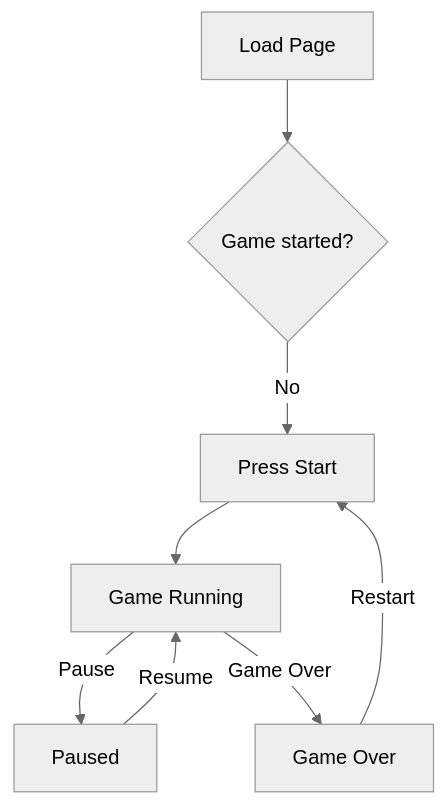
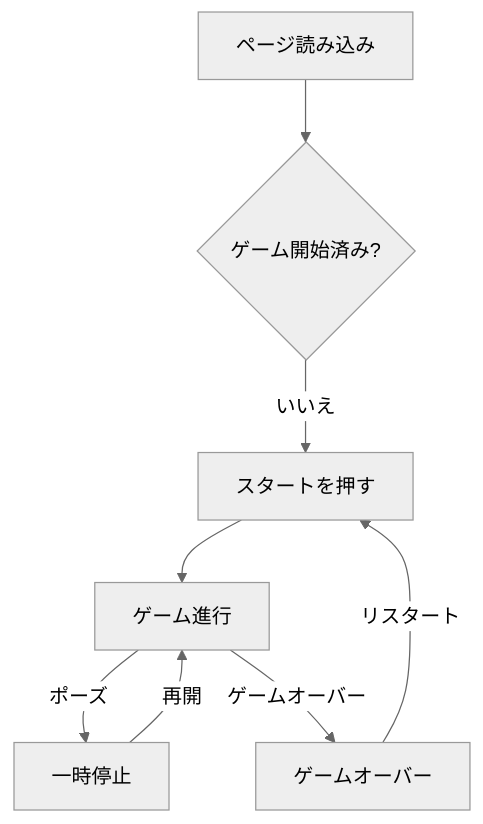
Before and after one commit to garchomp-game/tetris-create-test-codex_gpt5: the diagram in docs/specification.md, drawn with Mermaid (neutral theme). The commit also changed other lines of this file and 1 other file, not shown here.

Commit message:
Translate documentation to Japanese and fix class diagram

````diff
--- a/docs/specification.md
+++ b/docs/specification.md
@@ -27,10 +29,10 @@
 ```mermaid
 flowchart TD
-  A[Load Page] --> B{Game started?}
-  B -- No --> C[Press Start]
-  C --> D[Game Running]
-  D -- Pause --> E[Paused]
-  E -- Resume --> D
-  D -- Game Over --> F[Game Over]
-  F -- Restart --> C
+  A[ページ読み込み] --> B{ゲーム開始済み?}
+  B -- いいえ --> C[スタートを押す]
+  C --> D[ゲーム進行]
+  D -- ポーズ --> E[一時停止]
+  E -- 再開 --> D
+  D -- ゲームオーバー --> F[ゲームオーバー]
+  F -- リスタート --> C
 ```
````
